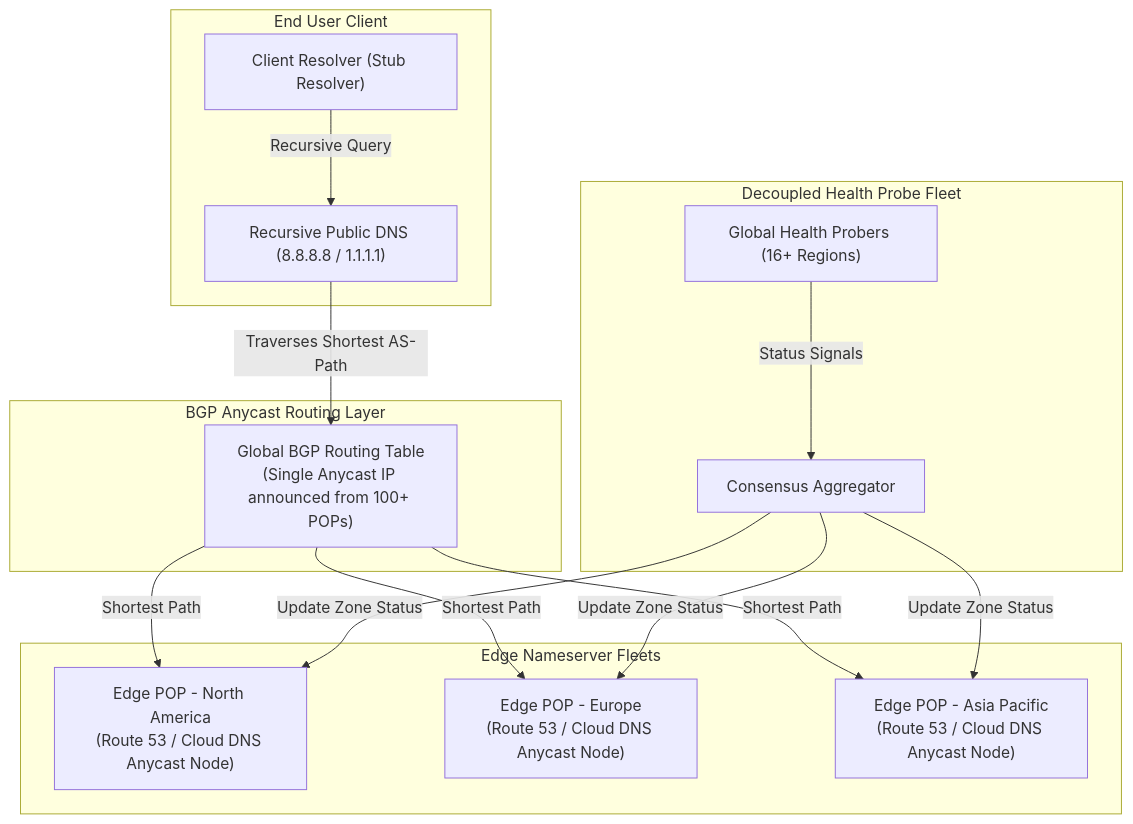
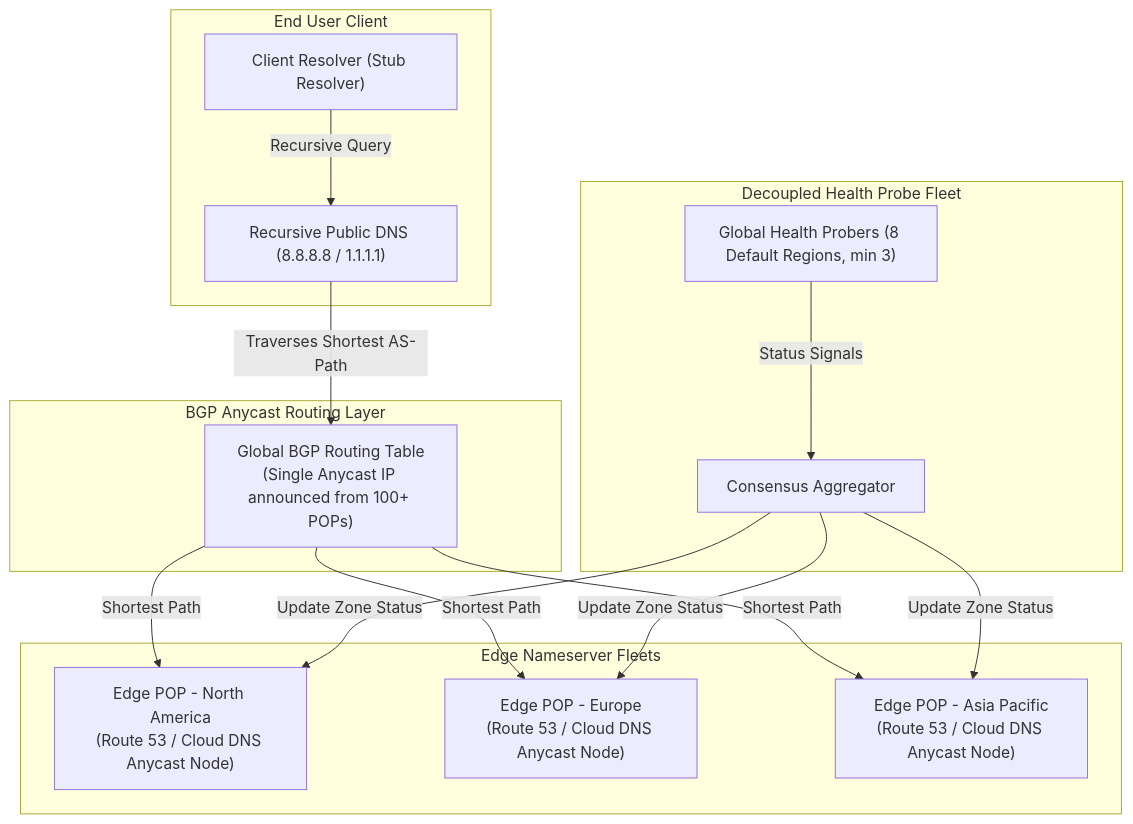
One commit to shreejitverma/SDE-Interview-Prep changed the diagram in 17-Cloud-AI-Engineering/Volume_00_Foundations_Under_the_Cloud/Chapter_03_DNS_Anycast_and_Global_Traffic_Management.md. Above: the diagram before and after it, drawn with Mermaid. The commit also changed other lines of this file and 16 other files, not shown here.

````diff
--- a/17-Cloud-AI-Engineering/Volume_00_Foundations_Under_the_Cloud/Chapter_03_DNS_Anycast_and_Global_Traffic_Management.md
+++ b/17-Cloud-AI-Engineering/Volume_00_Foundations_Under_the_Cloud/Chapter_03_DNS_Anycast_and_Global_Traffic_Management.md
@@ -29,31 +29,31 @@
 ```mermaid
 flowchart TD
     subgraph ClientLayer["End User Client"]
         Client["Client Resolver (Stub Resolver)"]
         RecursiveDNS["Recursive Public DNS (8.8.8.8 / 1.1.1.1)"]
         Client -->|Recursive Query| RecursiveDNS
     end
 
     subgraph AnycastRouting["BGP Anycast Routing Layer"]
         BGP["Global BGP Routing Table\n(Single Anycast IP announced from 100+ POPs)"]
         RecursiveDNS -->|Traverses Shortest AS-Path| BGP
     end
 
     subgraph EdgePOPs["Edge Nameserver Fleets"]
         POP_US["Edge POP - North America\n(Route 53 / Cloud DNS Anycast Node)"]
         POP_EU["Edge POP - Europe\n(Route 53 / Cloud DNS Anycast Node)"]
         POP_APAC["Edge POP - Asia Pacific\n(Route 53 / Cloud DNS Anycast Node)"]
         BGP -->|Shortest Path| POP_US
         BGP -->|Shortest Path| POP_EU
         BGP -->|Shortest Path| POP_APAC
     end
 
     subgraph HealthPlane["Decoupled Health Probe Fleet"]
-        Probers["Global Health Probers (16+ Regions)"]
+        Probers["Global Health Probers (8 Default Regions, min 3)"]
         Aggregator["Consensus Aggregator"]
         Probers -->|Status Signals| Aggregator
         Aggregator -->|Update Zone Status| POP_US
         Aggregator -->|Update Zone Status| POP_EU
         Aggregator -->|Update Zone Status| POP_APAC
     end
 ```
````
